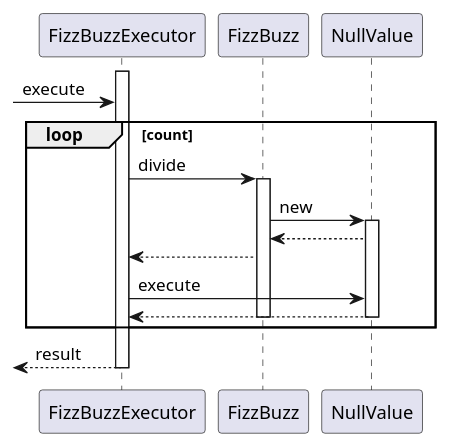
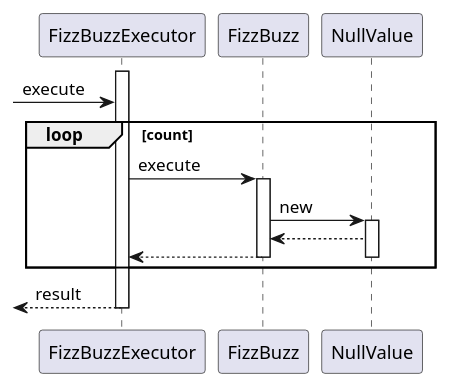
The fifth of 5 diagrams in docs/dev/_fizz_buzz.md (k2works/etude_for_ruby), drawn with PlantUML before and after one commit. The commit also changed other lines of this file and 9 other files, not shown here.

````diff
--- a/docs/dev/_fizz_buzz.md
+++ b/docs/dev/_fizz_buzz.md
@@ -129,20 +122,18 @@
 ```puml
 @startuml
 activate FizzBuzzExecutor
 -> FizzBuzzExecutor :execute
 loop count
-  FizzBuzzExecutor -> FizzBuzz :divide
+  FizzBuzzExecutor -> FizzBuzz :execute
   activate FizzBuzz
     FizzBuzz -> NullValue :new  
     activate NullValue
       NullValue --> FizzBuzz
       FizzBuzzExecutor <-- FizzBuzz
-      FizzBuzzExecutor -> NullValue :execute
-      NullValue --> FizzBuzzExecutor
     deactivate NullValue
   deactivate FizzBuzz
 end
 <-- FizzBuzzExecutor :result
 deactivate FizzBuzzExecutor
 @enduml
 ```
````
